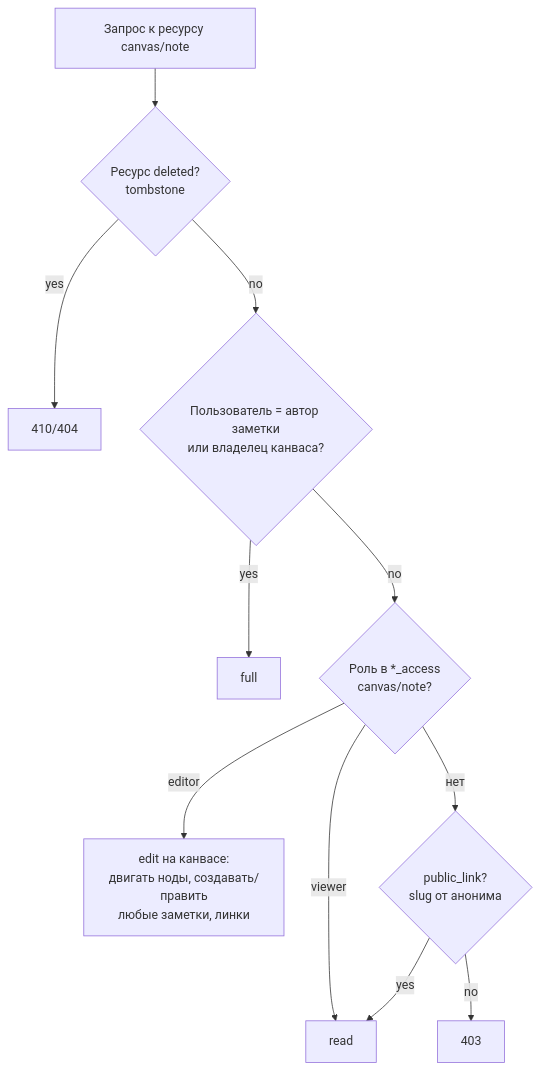
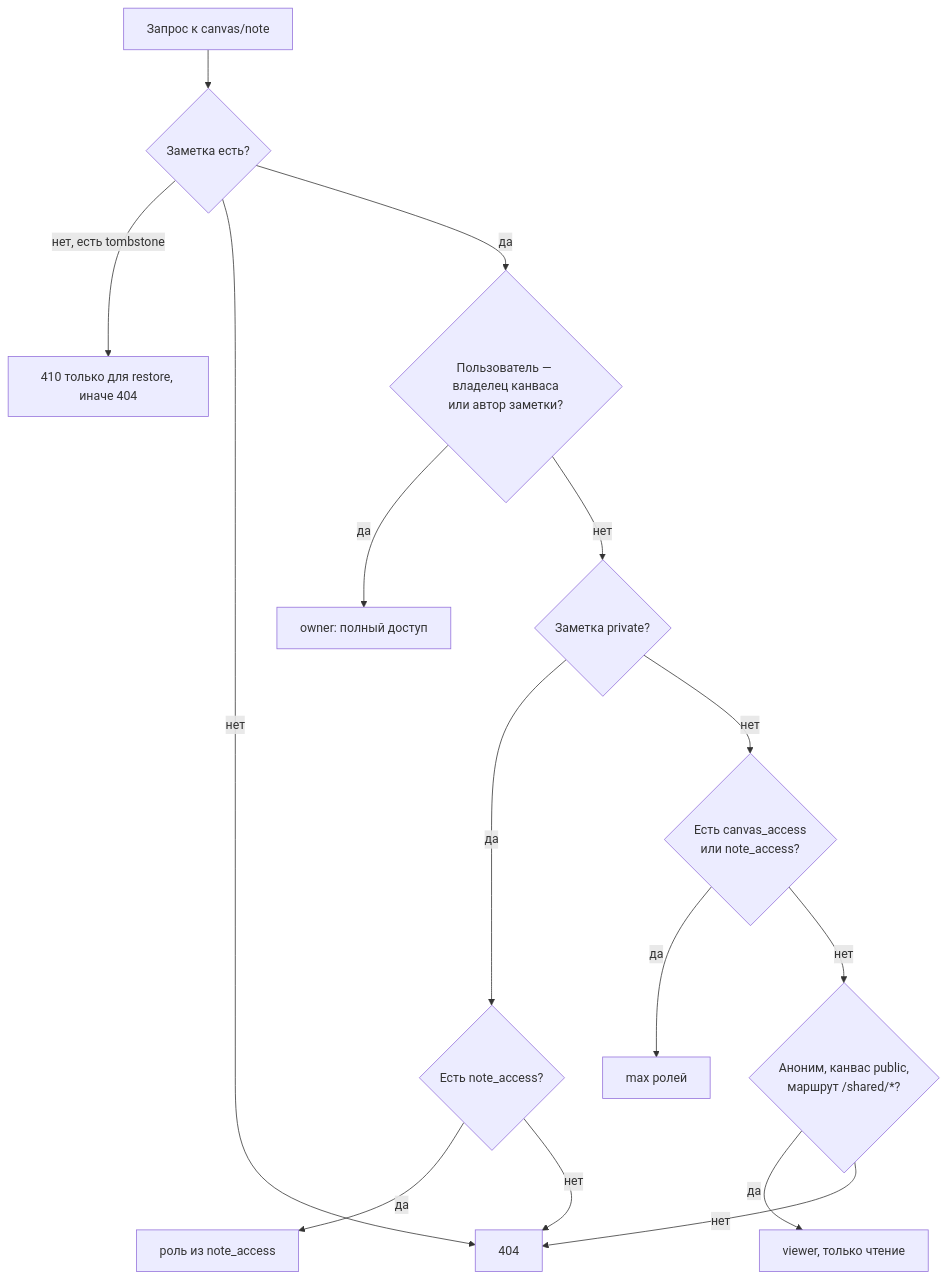
One commit to Neisvestny/Vistynq changed the fourth of 4 diagrams in docs/architecture.md. Above: the diagram before and after it, drawn with Mermaid. The commit also changed other lines of this file and 9 other files, not shown here.

````diff
--- a/docs/architecture.md
+++ b/docs/architecture.md
@@ -148,13 +164,17 @@
 ```mermaid
 flowchart TD
-    A[Запрос к ресурсу canvas/note] --> B{Ресурс deleted?<br/>tombstone}
-    B -- yes --> X[410/404]
-    B -- no --> C{Пользователь = автор заметки<br/>или владелец канваса?}
-    C -- yes --> E[full]
-    C -- no --> D{Роль в *_access<br/>canvas/note?}
-    D -- editor --> E2[edit на канвасе:<br/>двигать ноды, создавать/править<br/>любые заметки, линки]
-    D -- viewer --> V[read]
-    D -- нет --> F{public_link?<br/>slug от анонима}
-    F -- yes --> V
-    F -- no --> Y[403]
+    A[Запрос к canvas/note] --> B{Заметка есть?}
+    B -- нет, есть tombstone --> G[410 только для restore, иначе 404]
+    B -- нет --> N[404]
+    B -- да --> C{Пользователь — владелец канваса<br/>или автор заметки?}
+    C -- да --> E[owner: полный доступ]
+    C -- нет --> P{Заметка private?}
+    P -- да --> Q{Есть note_access?}
+    Q -- да --> R[роль из note_access]
+    Q -- нет --> N
+    P -- нет --> D{Есть canvas_access<br/>или note_access?}
+    D -- да --> M[max ролей]
+    D -- нет --> F{Аноним, канвас public,<br/>маршрут /shared/*?}
+    F -- да --> V[viewer, только чтение]
+    F -- нет --> N
 ```
````
